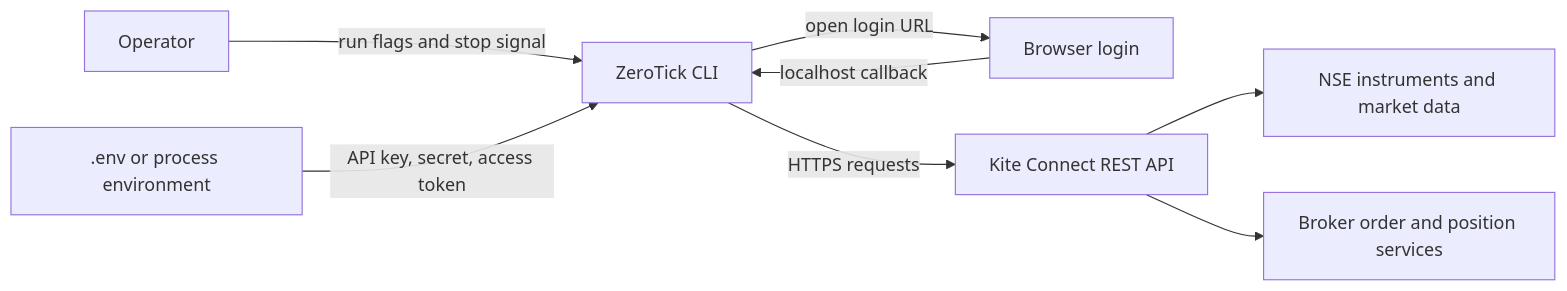
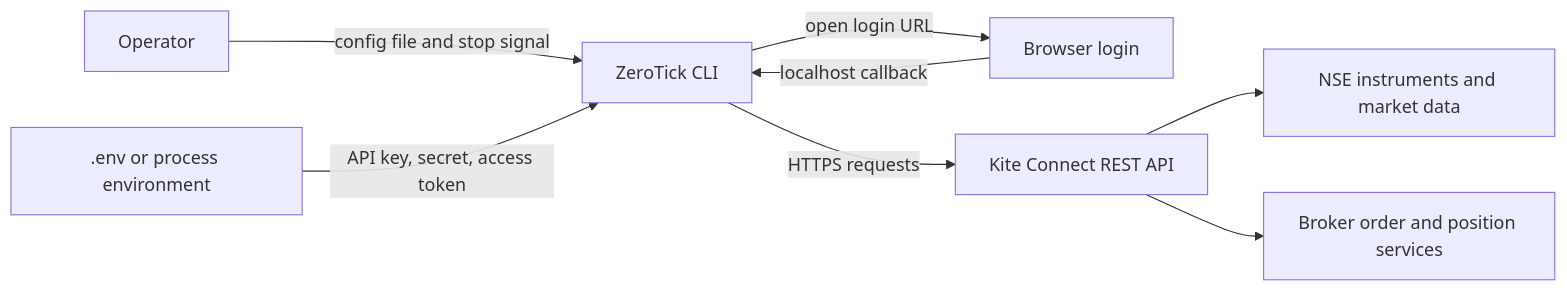
One commit to atyagi82/ZeroTick-Systems changed the first of 3 diagrams in DesignDocuments/High Level Design.md. Above: the diagram before and after it, drawn with Mermaid. The commit also changed other lines of this file and 17 other files, not shown here.

````diff
--- a/DesignDocuments/High Level Design.md
+++ b/DesignDocuments/High Level Design.md
@@ -23,18 +24,18 @@
 ```mermaid
 flowchart LR
     Operator[Operator]
     App[ZeroTick CLI]
     Browser[Browser login]
     Kite[Kite Connect REST API]
     NSE[NSE instruments and market data]
     Orders[Broker order and position services]
     Env[.env or process environment]
 
-    Operator -->|run flags and stop signal| App
+    Operator -->|config file and stop signal| App
     Env -->|API key, secret, access token| App
     App -->|open login URL| Browser
     Browser -->|localhost callback| App
     App -->|HTTPS requests| Kite
     Kite --> NSE
     Kite --> Orders
 ```
````
